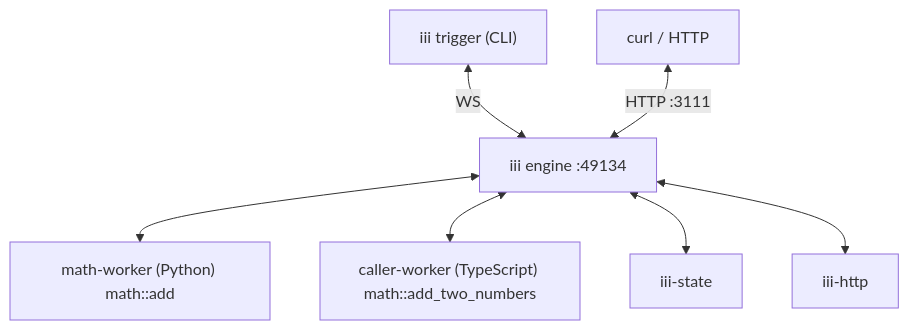
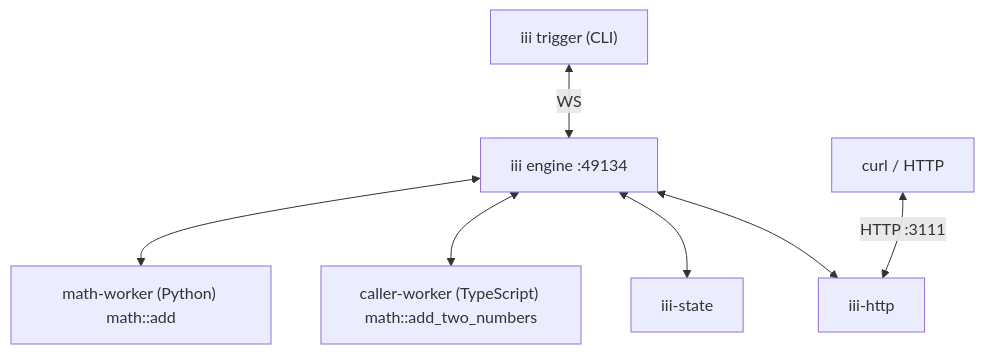
Before and after one commit to iii-hq/iii: the diagram in docs/understanding-iii/index.mdx, drawn with Mermaid. The commit also changed 1 other file, not shown here.

Commit message:
understanding-iii: route the HTTP arrow at iii-http, not the engine
curl/HTTP on :3111 hits the iii-http worker; iii-http then talks to
the engine over its WebSocket like every other worker. The previous
diagram drew HTTP straight to the engine, which is wrong — the engine
binds 3111 for its own REST API, not for trigger routing, and iii-http
is what actually owns the HTTP path for HTTP-triggered functions.

````diff
--- a/docs/understanding-iii/index.mdx
+++ b/docs/understanding-iii/index.mdx
@@ -61,10 +61,10 @@
 ```mermaid
 graph TD
   CLI["iii trigger (CLI)"] <-->|WS| Engine["iii engine :49134"]
-  HTTP["curl / HTTP"] <-->|HTTP :3111| Engine
+  HTTP["curl / HTTP"] <-->|HTTP :3111| HttpWorker
 
   Engine <--> Math["math-worker (Python) math::add"]
   Engine <--> Caller["caller-worker (TypeScript) math::add_two_numbers"]
   Engine <--> State["iii-state"]
   Engine <--> HttpWorker["iii-http"]
 ```
````
